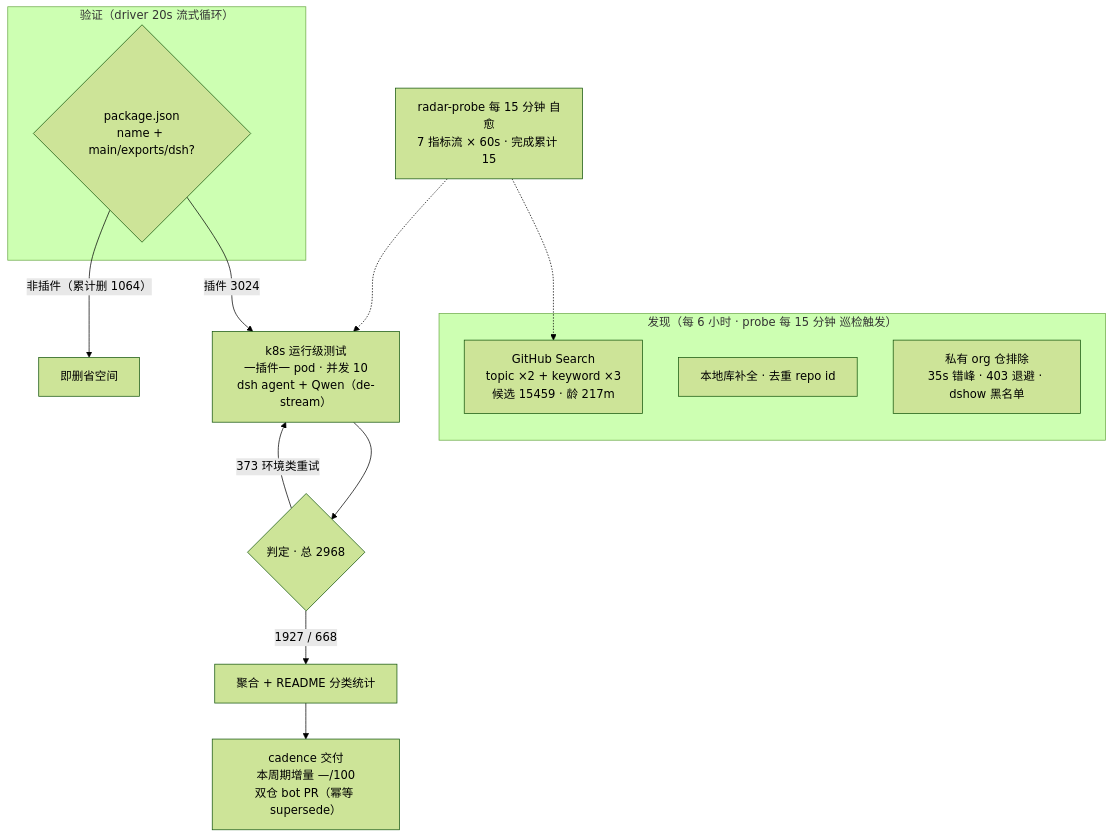
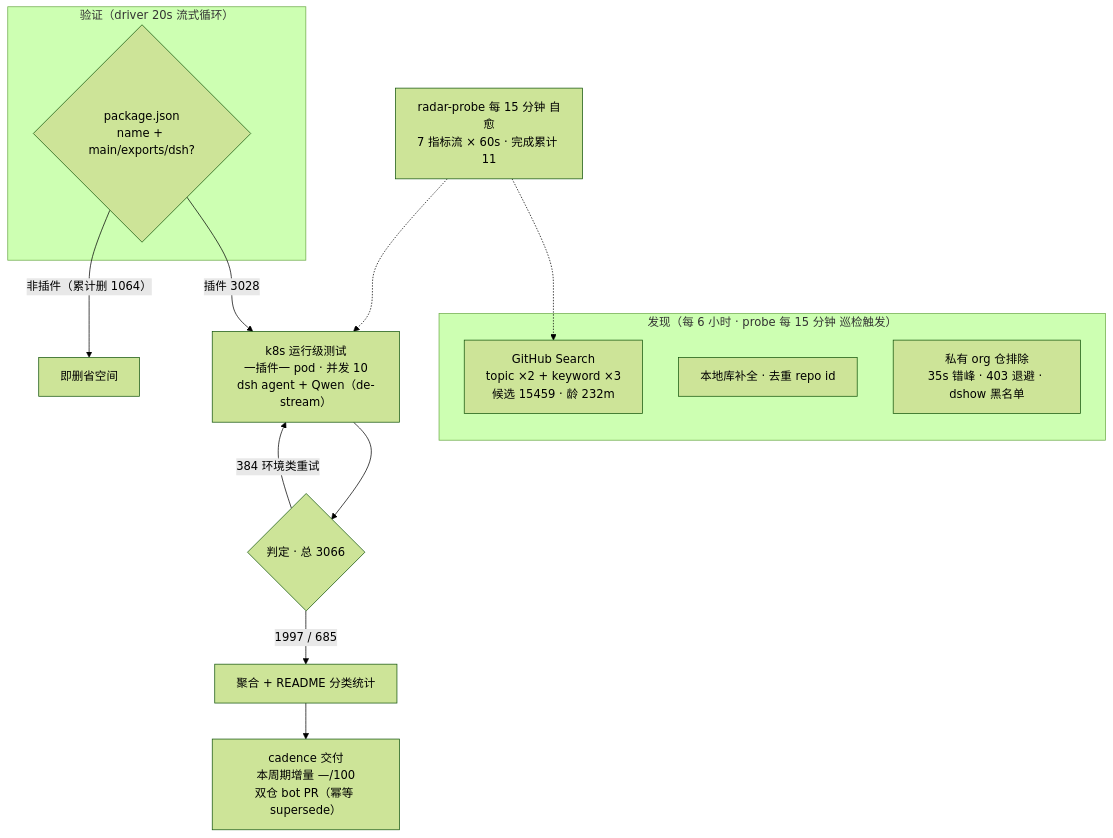
One commit to Zhidao-Lab-OSS/awesome-dsh-plugins changed the diagram in README.md. Above: the diagram before and after it, drawn with Mermaid (forest theme). The commit also changed other lines of this file and 1 other file, not shown here.

````diff
--- a/README.md
+++ b/README.md
@@ -37,20 +37,20 @@
 ```mermaid
 flowchart TB
     subgraph Discovery["发现（每 6 小时 · probe 每 15 分钟 巡检触发）"]
-        A1["GitHub Search<br/>topic ×2 + keyword ×3<br/>候选 15459 · 龄 217m"]
+        A1["GitHub Search<br/>topic ×2 + keyword ×3<br/>候选 15459 · 龄 232m"]
         A2["本地库补全 · 去重 repo id"]
         A3["私有 org 仓排除<br/>35s 错峰 · 403 退避 · dshow 黑名单"]
     end
     subgraph Validation["验证（driver 20s 流式循环）"]
         B1{"package.json<br/>name + main/exports/dsh?"}
     end
-    B1 -->|"插件 3024"| C1["k8s 运行级测试<br/>一插件一 pod · 并发 10<br/>dsh agent + Qwen（de-stream）"]
+    B1 -->|"插件 3028"| C1["k8s 运行级测试<br/>一插件一 pod · 并发 10<br/>dsh agent + Qwen（de-stream）"]
     B1 -->|"非插件（累计删 1064）"| B3["即删省空间"]
-    C1 --> D1{"判定 · 总 2968"}
-    D1 -->|"1927 / 668"| E1["聚合 + README 分类统计"]
-    D1 -->|"373 环境类重试"| C1
+    C1 --> D1{"判定 · 总 3066"}
+    D1 -->|"1997 / 685"| E1["聚合 + README 分类统计"]
+    D1 -->|"384 环境类重试"| C1
     E1 --> E2["cadence 交付<br/>本周期增量 —/100<br/>双仓 bot PR（幂等 supersede）"]
-    M["radar-probe 每 15 分钟 自愈<br/>7 指标流 × 60s · 完成累计 15"]
+    M["radar-probe 每 15 分钟 自愈<br/>7 指标流 × 60s · 完成累计 11"]
     M -.-> A1
     M -.-> C1
 ```
````
